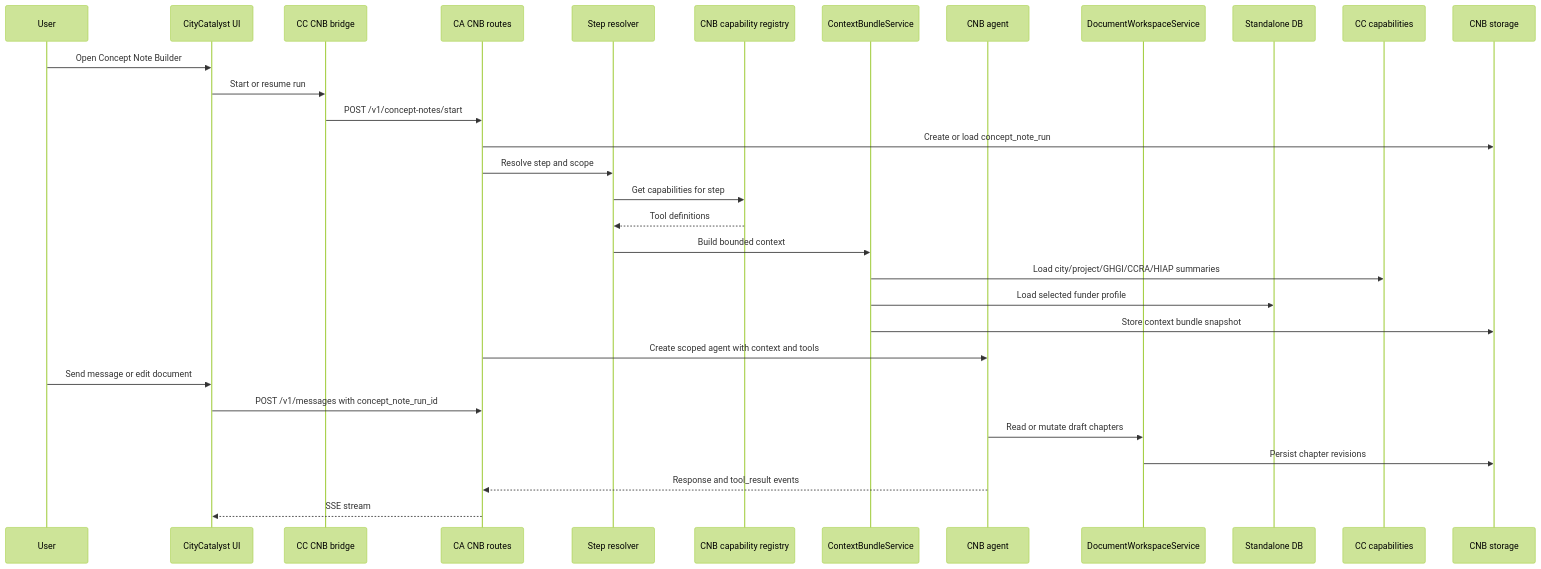
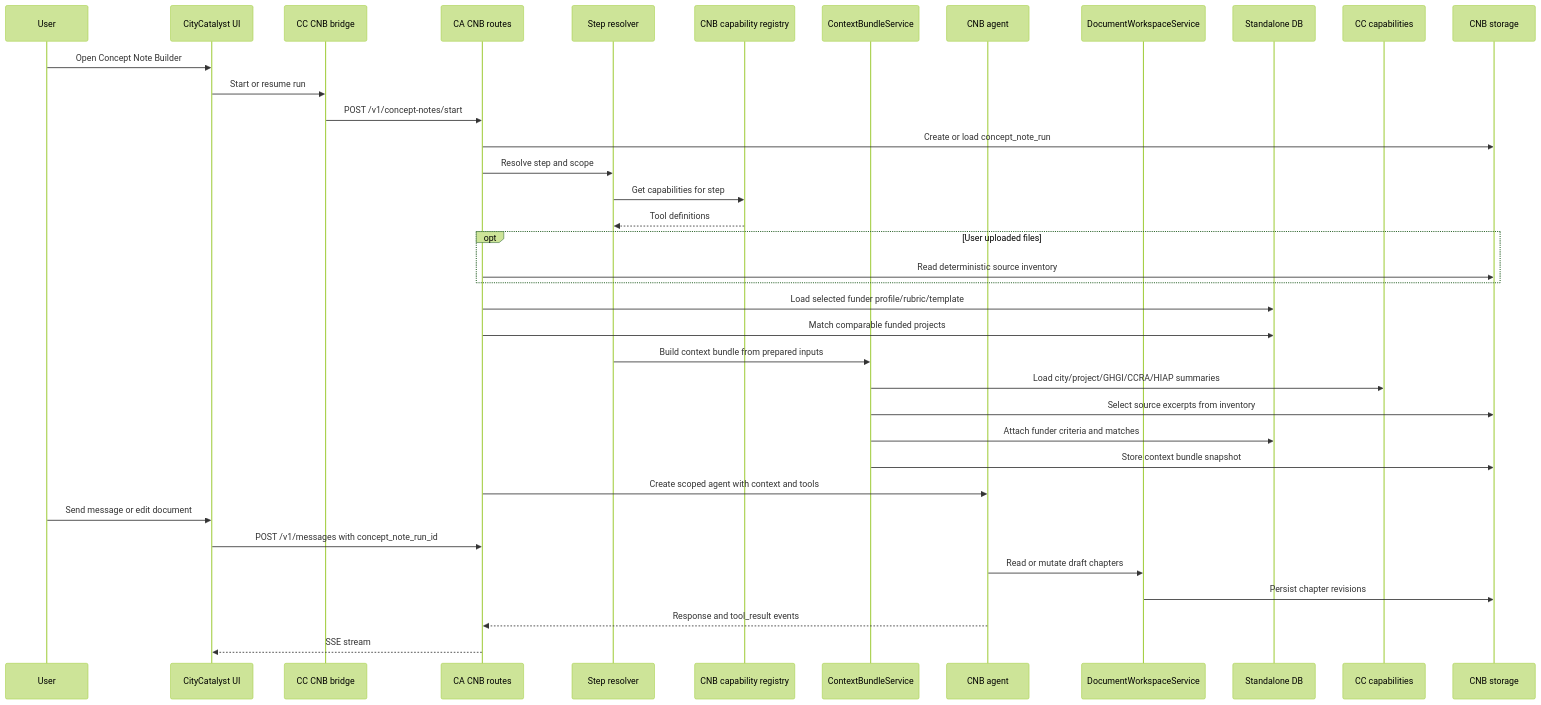
One commit to Open-Earth-Foundation/CityCatalyst changed the fourth of 15 diagrams in docs/ConceptNoteBuilderArchitecture.md. Above: the diagram before and after it, drawn with Mermaid (forest theme). The commit also changed other lines of this file, not shown here.

````diff
--- a/docs/ConceptNoteBuilderArchitecture.md
+++ b/docs/ConceptNoteBuilderArchitecture.md
@@ -237,34 +234,40 @@
 ```mermaid
 sequenceDiagram
     participant User
     participant CCUI as CityCatalyst UI
     participant CCBridge as CC CNB bridge
     participant CA as CA CNB routes
     participant Resolver as Step resolver
     participant Registry as CNB capability registry
     participant Context as ContextBundleService
     participant Agent as CNB agent
     participant Doc as DocumentWorkspaceService
     participant Research as Standalone DB
     participant CC as CC capabilities
     participant DB as CNB storage
 
     User->>CCUI: Open Concept Note Builder
     CCUI->>CCBridge: Start or resume run
     CCBridge->>CA: POST /v1/concept-notes/start
     CA->>DB: Create or load concept_note_run
     CA->>Resolver: Resolve step and scope
     Resolver->>Registry: Get capabilities for step
     Registry-->>Resolver: Tool definitions
-    Resolver->>Context: Build bounded context
+    opt User uploaded files
+        CA->>DB: Read deterministic source inventory
+    end
+    CA->>Research: Load selected funder profile/rubric/template
+    CA->>Research: Match comparable funded projects
+    Resolver->>Context: Build context bundle from prepared inputs
     Context->>CC: Load city/project/GHGI/CCRA/HIAP summaries
-    Context->>Research: Load selected funder profile
+    Context->>DB: Select source excerpts from inventory
+    Context->>Research: Attach funder criteria and matches
     Context->>DB: Store context bundle snapshot
     CA->>Agent: Create scoped agent with context and tools
     User->>CCUI: Send message or edit document
     CCUI->>CA: POST /v1/messages with concept_note_run_id
     Agent->>Doc: Read or mutate draft chapters
     Doc->>DB: Persist chapter revisions
     Agent-->>CA: Response and tool_result events
     CA-->>CCUI: SSE stream
 ```
````
